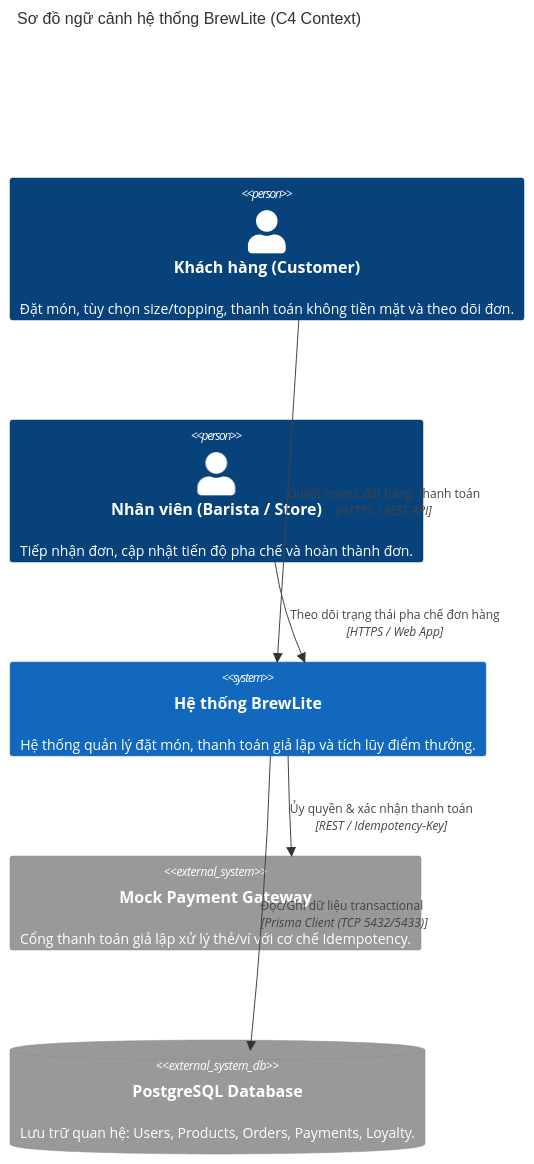
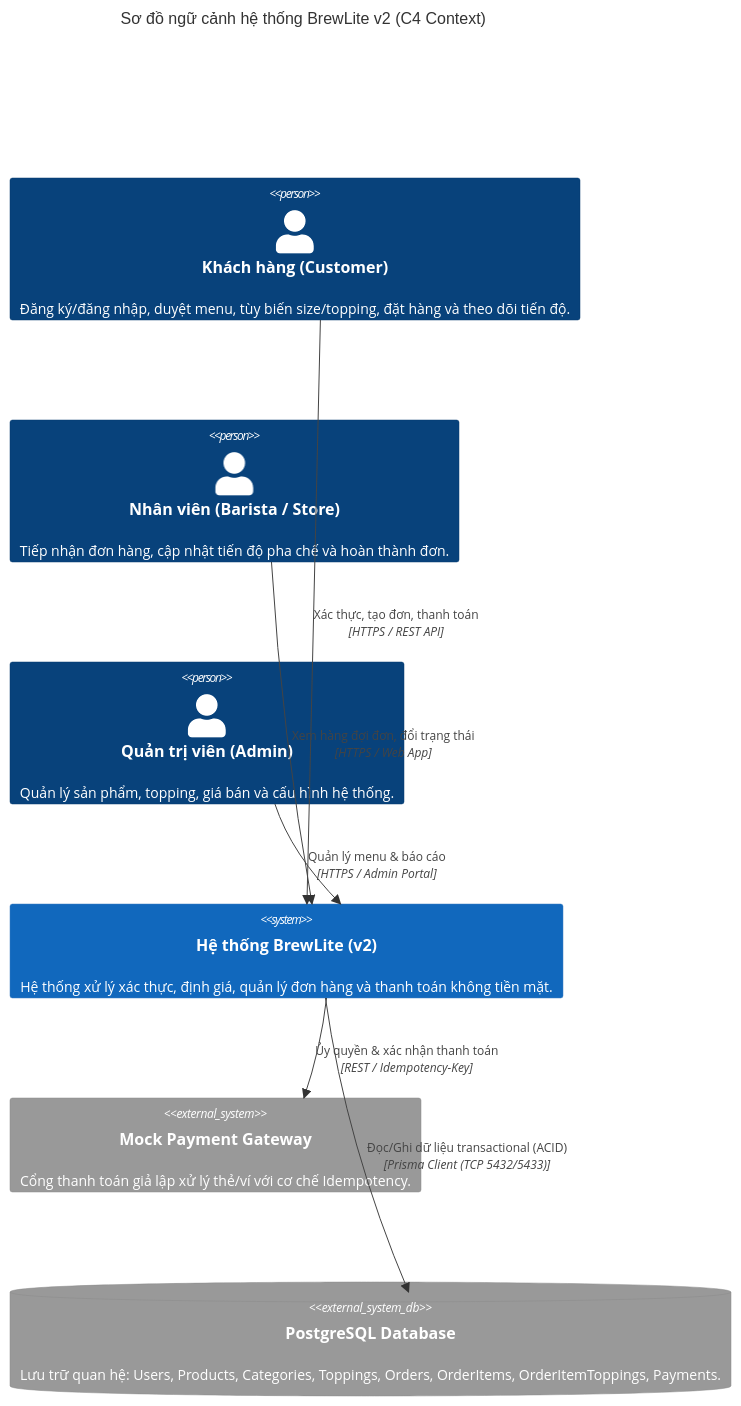
One commit to Minh628/BrewLite changed the first of 6 diagrams in docs/architecture.md. Above: the diagram before and after it, drawn with Mermaid. The commit also changed other lines of this file, not shown here.

Commit message:
docs(architecture): update architecture documentation and erd v2 for sprint 2

````diff
--- a/docs/architecture.md
+++ b/docs/architecture.md
@@ -20,17 +25,19 @@
 ```mermaid
 C4Context
-    title Sơ đồ ngữ cảnh hệ thống BrewLite (C4 Context)
+    title Sơ đồ ngữ cảnh hệ thống BrewLite v2 (C4 Context)
 
-    Person(customer, "Khách hàng (Customer)", "Đặt món, tùy chọn size/topping, thanh toán không tiền mặt và theo dõi đơn.")
-    Person(barista, "Nhân viên (Barista / Store)", "Tiếp nhận đơn, cập nhật tiến độ pha chế và hoàn thành đơn.")
+    Person(customer, "Khách hàng (Customer)", "Đăng ký/đăng nhập, duyệt menu, tùy biến size/topping, đặt hàng và theo dõi tiến độ.")
+    Person(barista, "Nhân viên (Barista / Store)", "Tiếp nhận đơn hàng, cập nhật tiến độ pha chế và hoàn thành đơn.")
+    Person(admin, "Quản trị viên (Admin)", "Quản lý sản phẩm, topping, giá bán và cấu hình hệ thống.")
 
-    System(brewlite, "Hệ thống BrewLite", "Hệ thống quản lý đặt món, thanh toán giả lập và tích lũy điểm thưởng.")
+    System(brewlite, "Hệ thống BrewLite (v2)", "Hệ thống xử lý xác thực, định giá, quản lý đơn hàng và thanh toán không tiền mặt.")
 
     System_Ext(mockPayment, "Mock Payment Gateway", "Cổng thanh toán giả lập xử lý thẻ/ví với cơ chế Idempotency.")
-    SystemDb_Ext(postgres, "PostgreSQL Database", "Lưu trữ quan hệ: Users, Products, Orders, Payments, Loyalty.")
+    SystemDb_Ext(postgres, "PostgreSQL Database", "Lưu trữ quan hệ: Users, Products, Categories, Toppings, Orders, OrderItems, OrderItemToppings, Payments.")
 
-    Rel(customer, brewlite, "Duyệt menu, đặt hàng, thanh toán", "HTTPS / REST API")
-    Rel(barista, brewlite, "Theo dõi trạng thái pha chế đơn hàng", "HTTPS / Web App")
+    Rel(customer, brewlite, "Xác thực, tạo đơn, thanh toán", "HTTPS / REST API")
+    Rel(barista, brewlite, "Xem hàng đợi đơn, đổi trạng thái", "HTTPS / Web App")
+    Rel(admin, brewlite, "Quản lý menu & báo cáo", "HTTPS / Admin Portal")
     Rel(brewlite, mockPayment, "Ủy quyền & xác nhận thanh toán", "REST / Idempotency-Key")
-    Rel(brewlite, postgres, "Đọc/Ghi dữ liệu transactional", "Prisma Client (TCP 5432/5433)")
+    Rel(brewlite, postgres, "Đọc/Ghi dữ liệu transactional (ACID)", "Prisma Client (TCP 5432/5433)")
 ```
````
